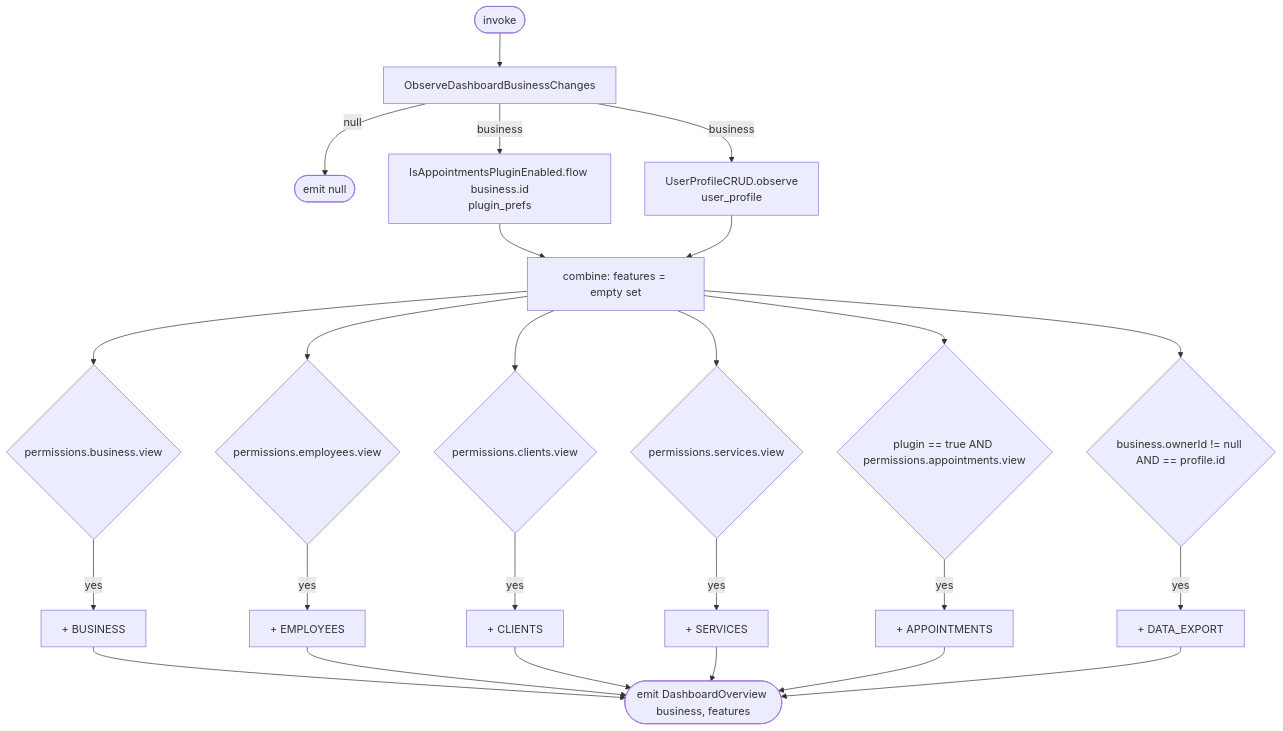
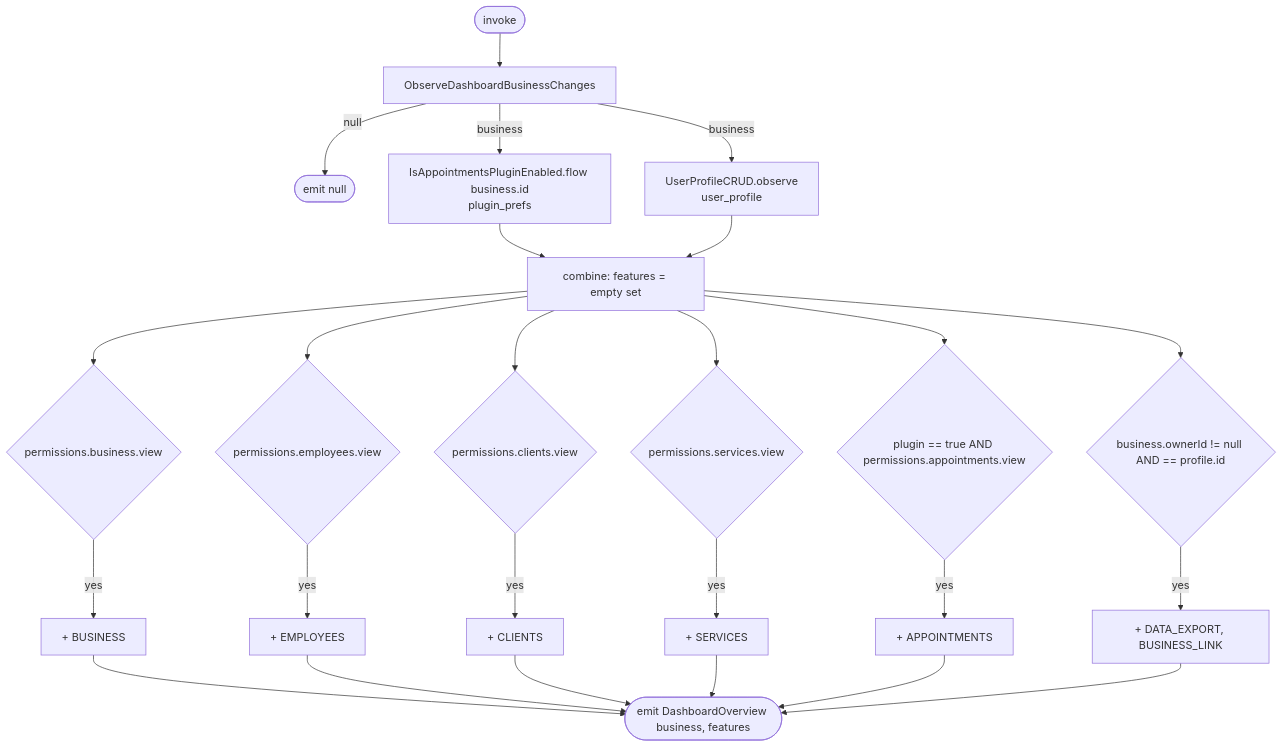
The diagram in docs/operations/business/get-available-dashboard-features.md (nocturneproperties/bookkme-client), drawn with Mermaid before and after one commit. The commit also changed other lines of this file and 76 other files, not shown here.

Commit message:
[ISSUE-181] business link creation

````diff
--- a/docs/operations/business/get-available-dashboard-features.md
+++ b/docs/operations/business/get-available-dashboard-features.md
@@ -14,15 +15,15 @@
 ```mermaid
 flowchart TD
     Start([invoke]) --> Biz[ObserveDashboardBusinessChanges]
     Biz -- null --> N([emit null])
     Biz -- business --> Plug[IsAppointmentsPluginEnabled.flow business.id<br/>plugin_prefs]
     Biz -- business --> Profile[UserProfileCRUD.observe<br/>user_profile]
     Plug & Profile --> Build[combine: features = empty set]
     Build --> P1{permissions.business.view} -- yes --> F1[+ BUSINESS]
     Build --> P2{permissions.employees.view} -- yes --> F2[+ EMPLOYEES]
     Build --> P3{permissions.clients.view} -- yes --> F3[+ CLIENTS]
     Build --> P4{permissions.services.view} -- yes --> F4[+ SERVICES]
     Build --> P5{plugin == true AND permissions.appointments.view} -- yes --> F5[+ APPOINTMENTS]
-    Build --> P6{business.ownerId != null AND == profile.id} -- yes --> F6[+ DATA_EXPORT]
+    Build --> P6{business.ownerId != null AND == profile.id} -- yes --> F6[+ DATA_EXPORT, BUSINESS_LINK]
     F1 & F2 & F3 & F4 & F5 & F6 --> R([emit DashboardOverview business, features])
 ```
````
